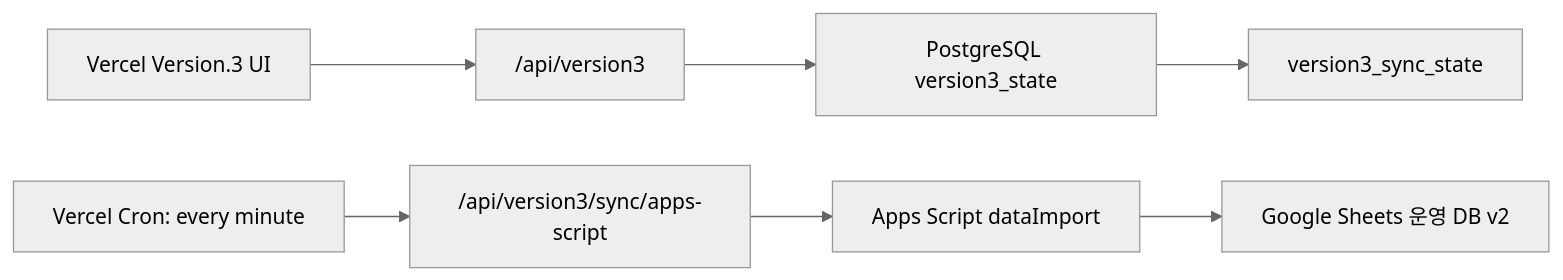
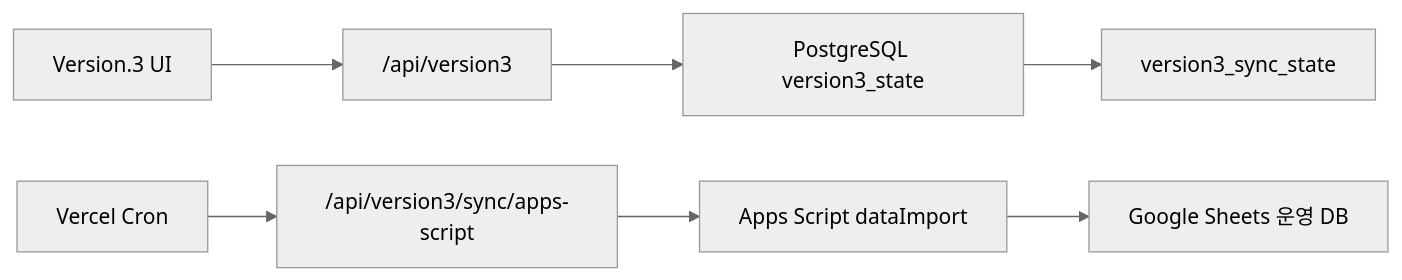
Before and after one commit to EthicsJayden31/bonsungsystem: the diagram in docs/version3-buffered-apps-script-sync.md, drawn with Mermaid (neutral theme). The commit also changed other lines of this file and 89 other files, not shown here.

````diff
--- a/docs/version3-buffered-apps-script-sync.md
+++ b/docs/version3-buffered-apps-script-sync.md
@@ -7,9 +5,9 @@
 ```mermaid
 flowchart LR
-  UI["Vercel Version.3 UI"] --> API["/api/version3"]
+  UI["Version.3 UI"] --> API["/api/version3"]
   API --> DB["PostgreSQL version3_state"]
   DB --> Q["version3_sync_state"]
-  C["Vercel Cron: every minute"] --> S["/api/version3/sync/apps-script"]
-  S --> A["Apps Script dataImport"]
-  A --> G["Google Sheets 운영 DB v2"]
+  Cron["Vercel Cron"] --> Sync["/api/version3/sync/apps-script"]
+  Sync --> Script["Apps Script dataImport"]
+  Script --> Sheets["Google Sheets 운영 DB"]
 ```
````
